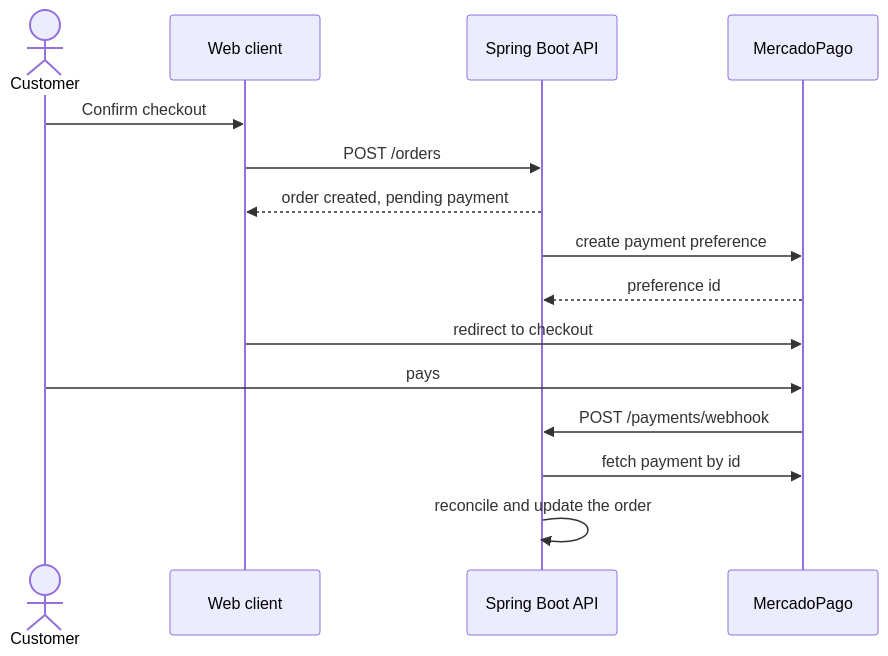
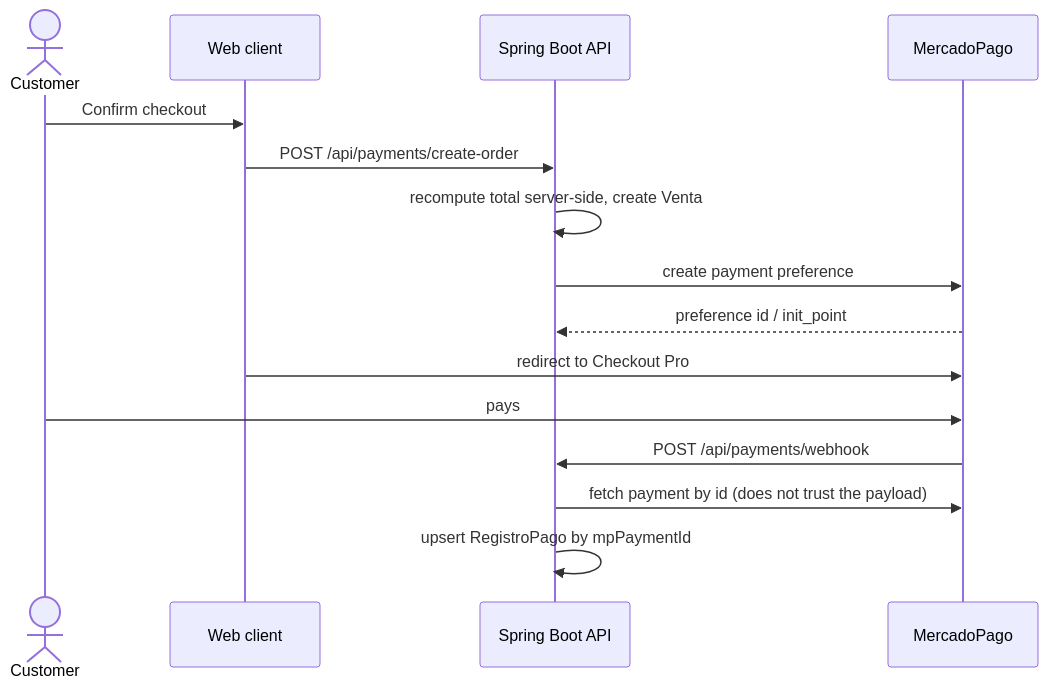
Before and after one commit to bru678nein/ecommerceyacomo: the fourth of 4 diagrams in README.md, drawn with Mermaid. The commit also changed other lines of this file, not shown here.

````diff
--- a/README.md
+++ b/README.md
@@ -208,18 +230,18 @@
 ```mermaid
 sequenceDiagram
     actor U as Customer
     participant W as Web client
     participant A as Spring Boot API
     participant M as MercadoPago
 
     U->>W: Confirm checkout
-    W->>A: POST /orders
-    A-->>W: order created, pending payment
+    W->>A: POST /api/payments/create-order
+    A->>A: recompute total server-side, create Venta
     A->>M: create payment preference
-    M-->>A: preference id
-    W->>M: redirect to checkout
+    M-->>A: preference id / init_point
+    W->>M: redirect to Checkout Pro
     U->>M: pays
-    M->>A: POST /payments/webhook
-    A->>M: fetch payment by id
-    A->>A: reconcile and update the order
+    M->>A: POST /api/payments/webhook
+    A->>M: fetch payment by id (does not trust the payload)
+    A->>A: upsert RegistroPago by mpPaymentId
 ```
````
